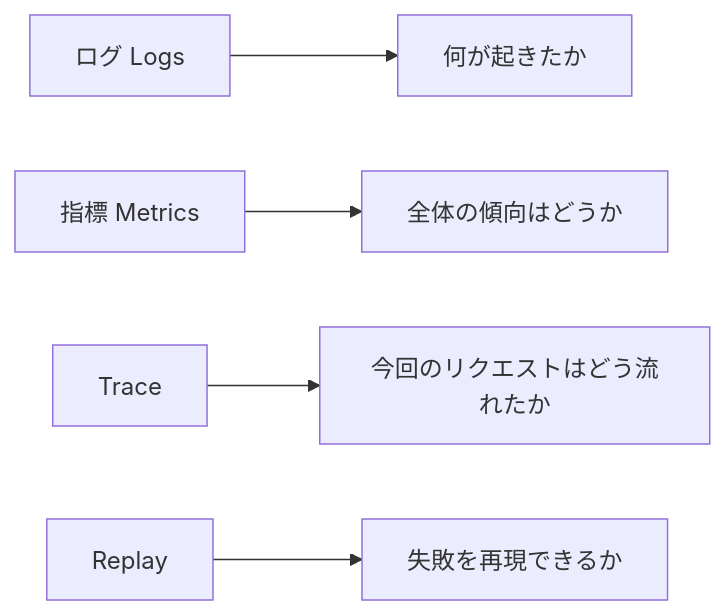
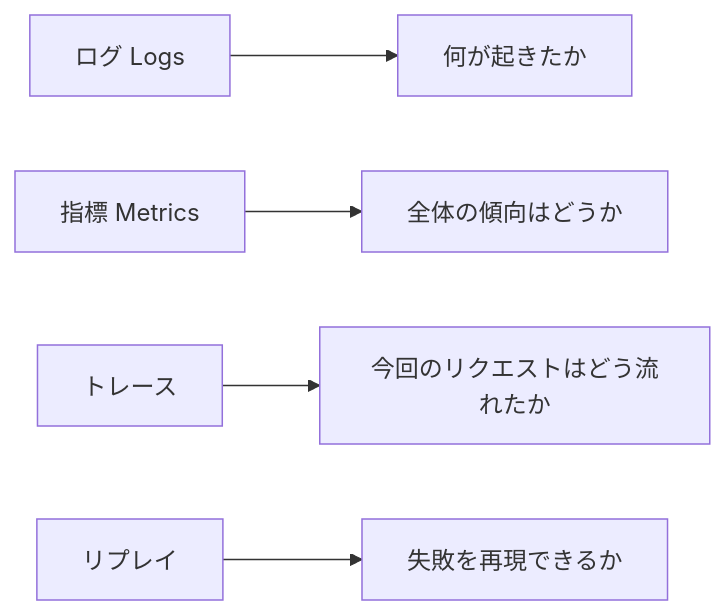
The first of 2 diagrams in i18n/ja/docusaurus-plugin-content-docs/current/ch09-agent/ch08-eval-safety/05-observability.md (oudbiao/AI-fullstack-course), drawn with Mermaid before and after one commit. The commit also changed other lines of this file and 252 other files, not shown here.

````diff
--- a/i18n/ja/docusaurus-plugin-content-docs/current/ch09-agent/ch08-eval-safety/05-observability.md
+++ b/i18n/ja/docusaurus-plugin-content-docs/current/ch09-agent/ch08-eval-safety/05-observability.md
@@ -25,7 +25,7 @@
 ```mermaid
 flowchart LR
   A[ログ Logs] --> B[何が起きたか]
   C[指標 Metrics] --> D[全体の傾向はどうか]
-  E[Trace] --> F[今回のリクエストはどう流れたか]
-  G[Replay] --> H[失敗を再現できるか]
+  E[トレース] --> F[今回のリクエストはどう流れたか]
+  G[リプレイ] --> H[失敗を再現できるか]
 ```
````
